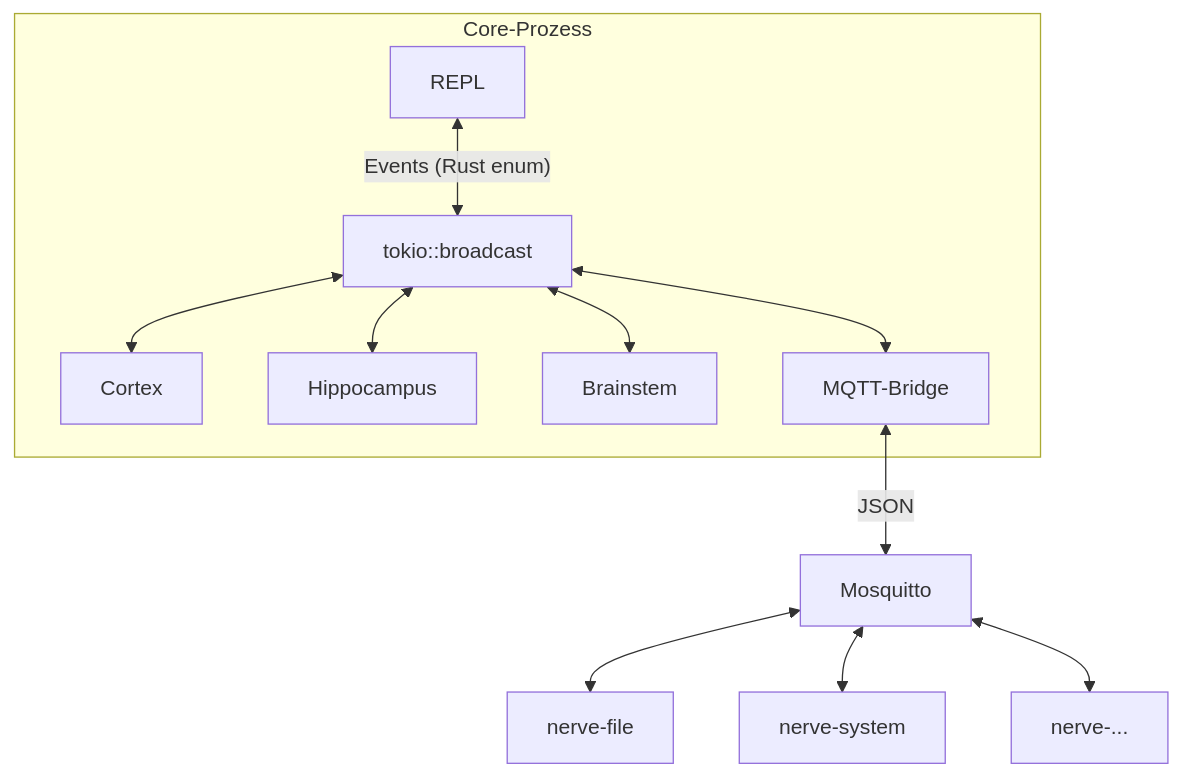
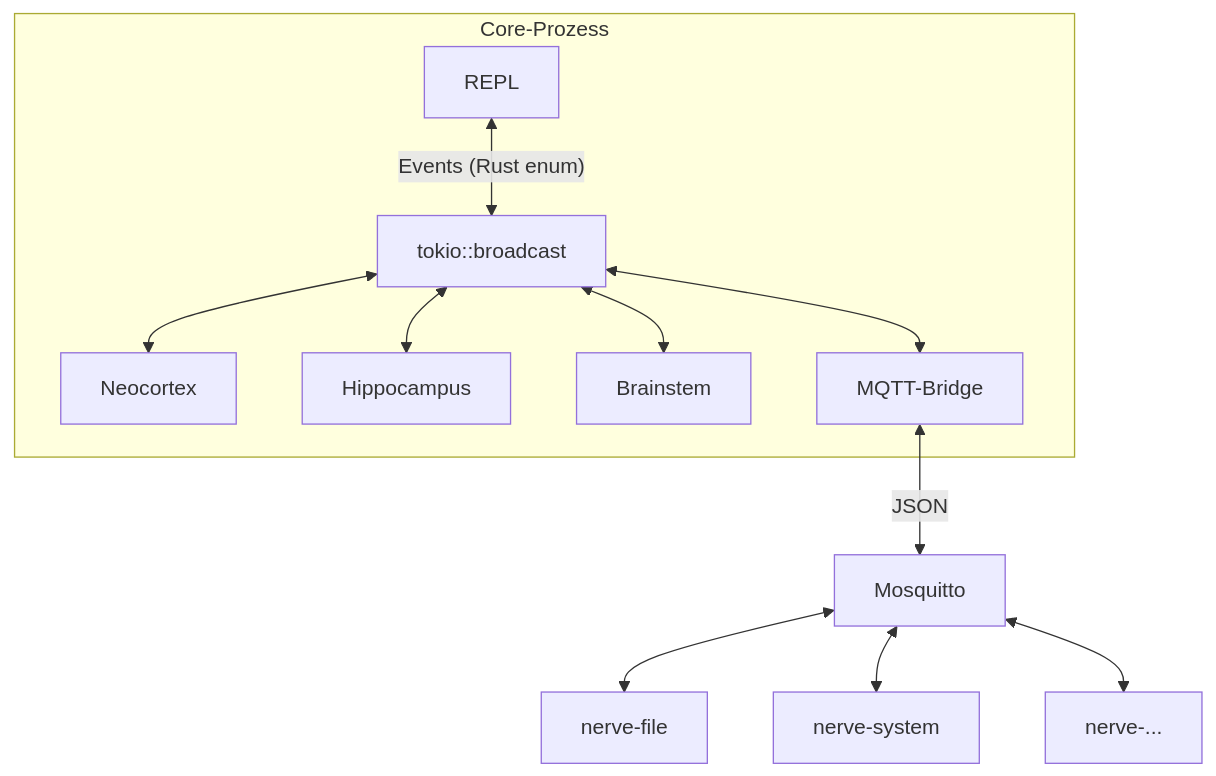
The second of 7 diagrams in docs/ARCHITECTURE.md (Superheld/aiux), drawn with Mermaid before and after one commit. The commit also changed other lines of this file and 15 other files, not shown here.

First line of the commit message:
feat(shell): ShellTool + Rename cortex → neocortex (Phase E)

````diff
--- a/docs/ARCHITECTURE.md
+++ b/docs/ARCHITECTURE.md
@@ -46,14 +46,14 @@
 ```mermaid
 graph TB
   subgraph core["Core-Prozess"]
     REPL <-->|"Events (Rust enum)"| BUS["tokio::broadcast"]
-    BUS <--> Cortex
+    BUS <--> Neocortex
     BUS <--> Hippocampus
     BUS <--> Brainstem
     BUS <--> Bridge["MQTT-Bridge"]
   end
   Bridge <-->|JSON| Mosquitto
   Mosquitto <--> NF["nerve-file"]
   Mosquitto <--> NS["nerve-system"]
   Mosquitto <--> NX["nerve-..."]
 ```
````
